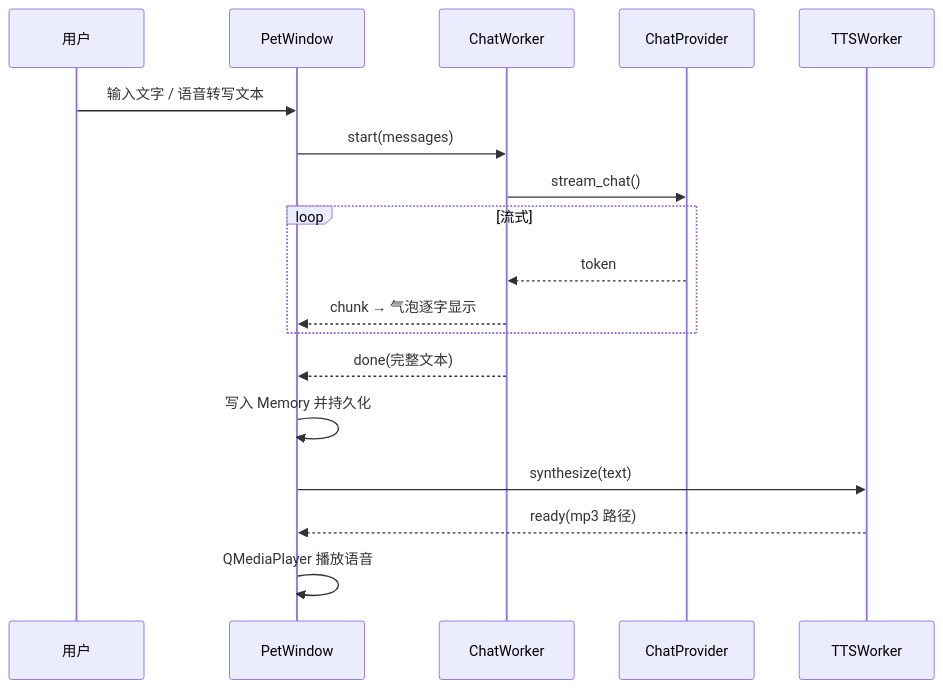
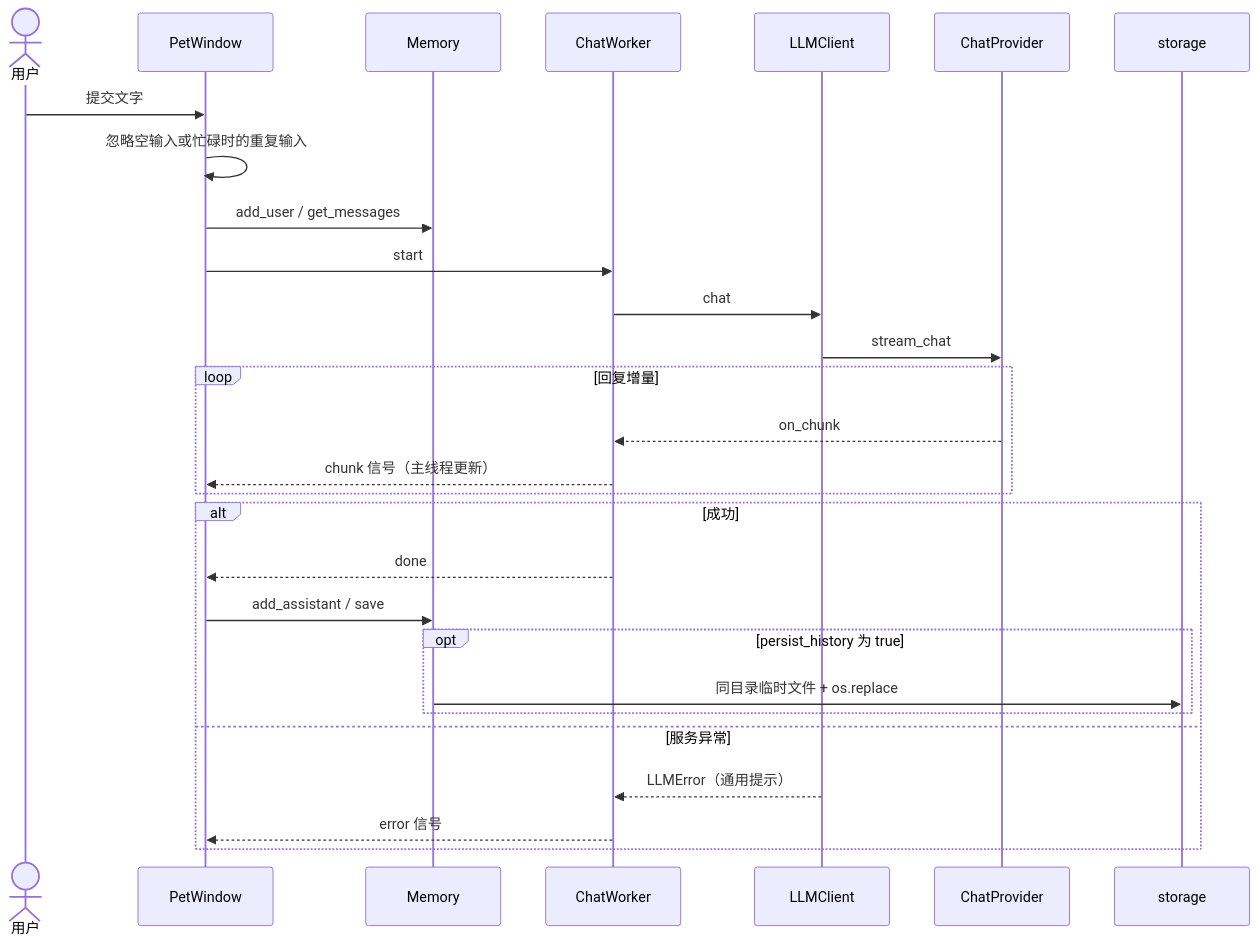
One commit to Yunkimo/Intelligent-Desk-Pet changed the third of 3 diagrams in docs/design.md. Above: the diagram before and after it, drawn with Mermaid. The commit also changed other lines of this file and 14 other files, not shown here.

````diff
--- a/docs/design.md
+++ b/docs/design.md
@@ -116,21 +111,30 @@
 ```mermaid
 sequenceDiagram
-    participant U as 用户
+    actor U as 用户
     participant W as PetWindow
-    participant CW as ChatWorker
+    participant M as Memory
+    participant C as ChatWorker
+    participant L as LLMClient
     participant P as ChatProvider
-    participant T as TTSWorker
-
-    U->>W: 输入文字 / 语音转写文本
-    W->>CW: start(messages)
-    CW->>P: stream_chat()
-    loop 流式
-        P-->>CW: token
-        CW-->>W: chunk → 气泡逐字显示
+    participant S as storage
+    U->>W: 提交文字
+    W->>W: 忽略空输入或忙碌时的重复输入
+    W->>M: add_user / get_messages
+    W->>C: start
+    C->>L: chat
+    L->>P: stream_chat
+    loop 回复增量
+        P-->>C: on_chunk
+        C-->>W: chunk 信号（主线程更新）
     end
-    CW-->>W: done(完整文本)
-    W->>W: 写入 Memory 并持久化
-    W->>T: synthesize(text)
-    T-->>W: ready(mp3 路径)
-    W->>W: QMediaPlayer 播放语音
+    alt 成功
+        C-->>W: done
+        W->>M: add_assistant / save
+        opt persist_history 为 true
+            M->>S: 同目录临时文件 + os.replace
+        end
+    else 服务异常
+        L-->>C: LLMError（通用提示）
+        C-->>W: error 信号
+    end
 ```
````
